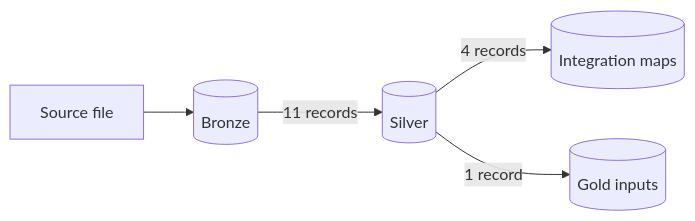
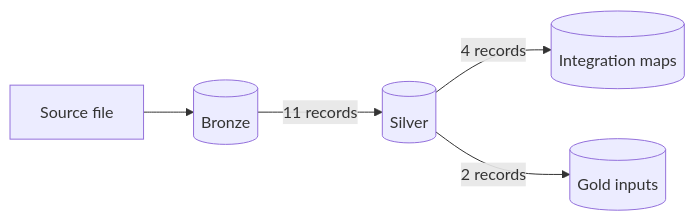
Before and after one commit to reached-hq/edu-access-intelligence: the diagram in evidence/reconciliation/README.md, drawn with Mermaid. The commit also changed other lines of this file and 3 other files, not shown here.

````diff
--- a/evidence/reconciliation/README.md
+++ b/evidence/reconciliation/README.md
@@ -5,5 +5,5 @@
 ```mermaid
 flowchart LR
     file[Source file] --> bronze[(Bronze)] -->|11 records| silver[(Silver)] -->|4 records| maps[(Integration maps)]
-    silver -->|1 record| gold[(Gold inputs)]
+    silver -->|2 records| gold[(Gold inputs)]
 ```
````
